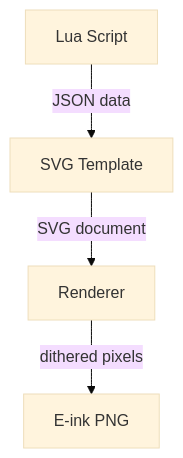
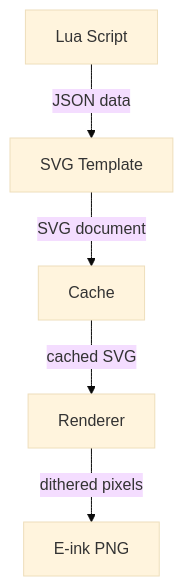
The diagram in docs/src/concepts/content-pipeline.md (oetiker/byonk), drawn with Mermaid (base theme) before and after one commit. The commit also changed other lines of this file and 6 other files, not shown here.

````diff
--- a/docs/src/concepts/content-pipeline.md
+++ b/docs/src/concepts/content-pipeline.md
@@ -7,6 +7,7 @@
 ```mermaid
 flowchart TD
     A[Lua Script] -->|JSON data| B[SVG Template]
-    B -->|SVG document| C[Renderer]
-    C -->|dithered pixels| D[E-ink PNG]
+    B -->|SVG document| C[Cache]
+    C -->|cached SVG| D[Renderer]
+    D -->|dithered pixels| E[E-ink PNG]
 ```
````
